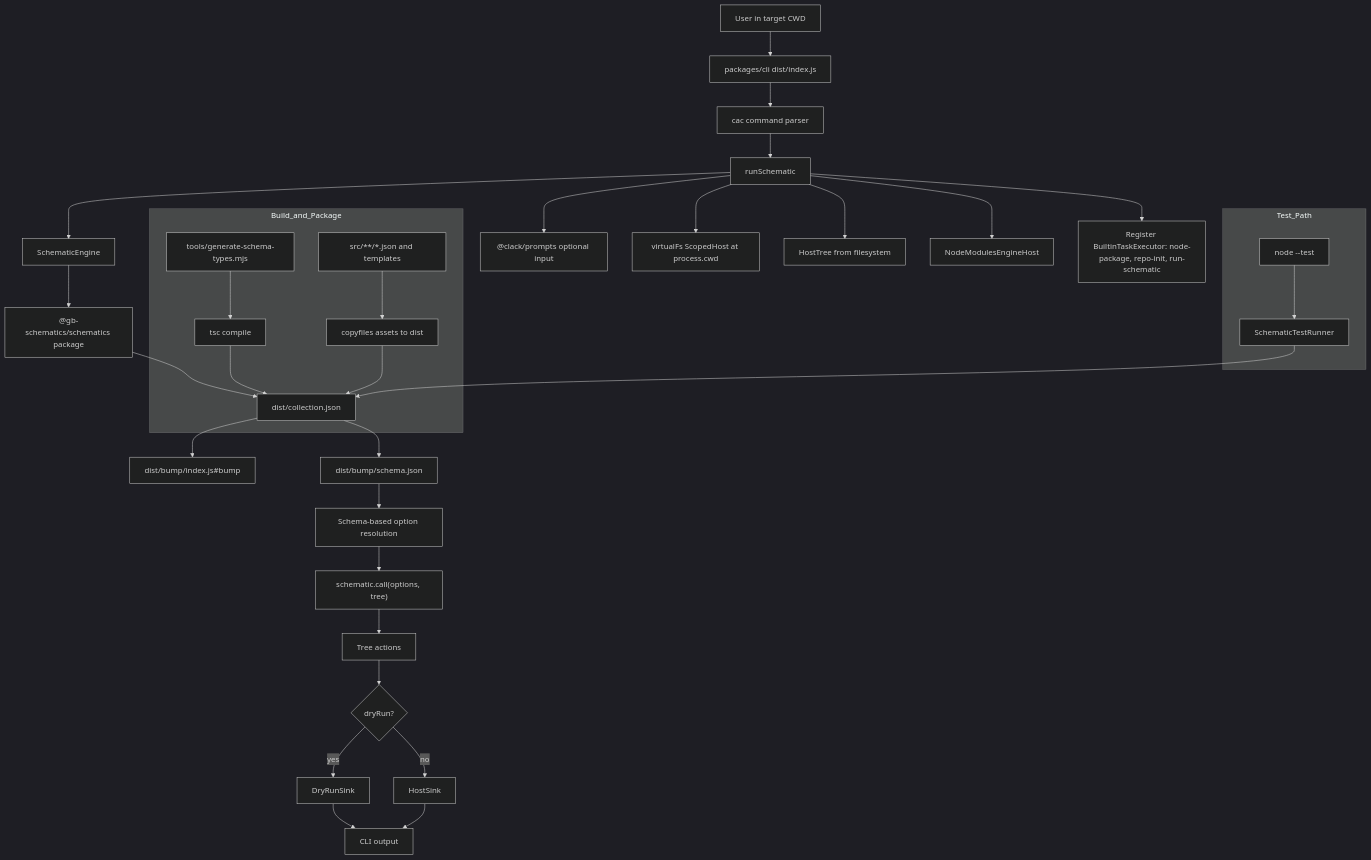
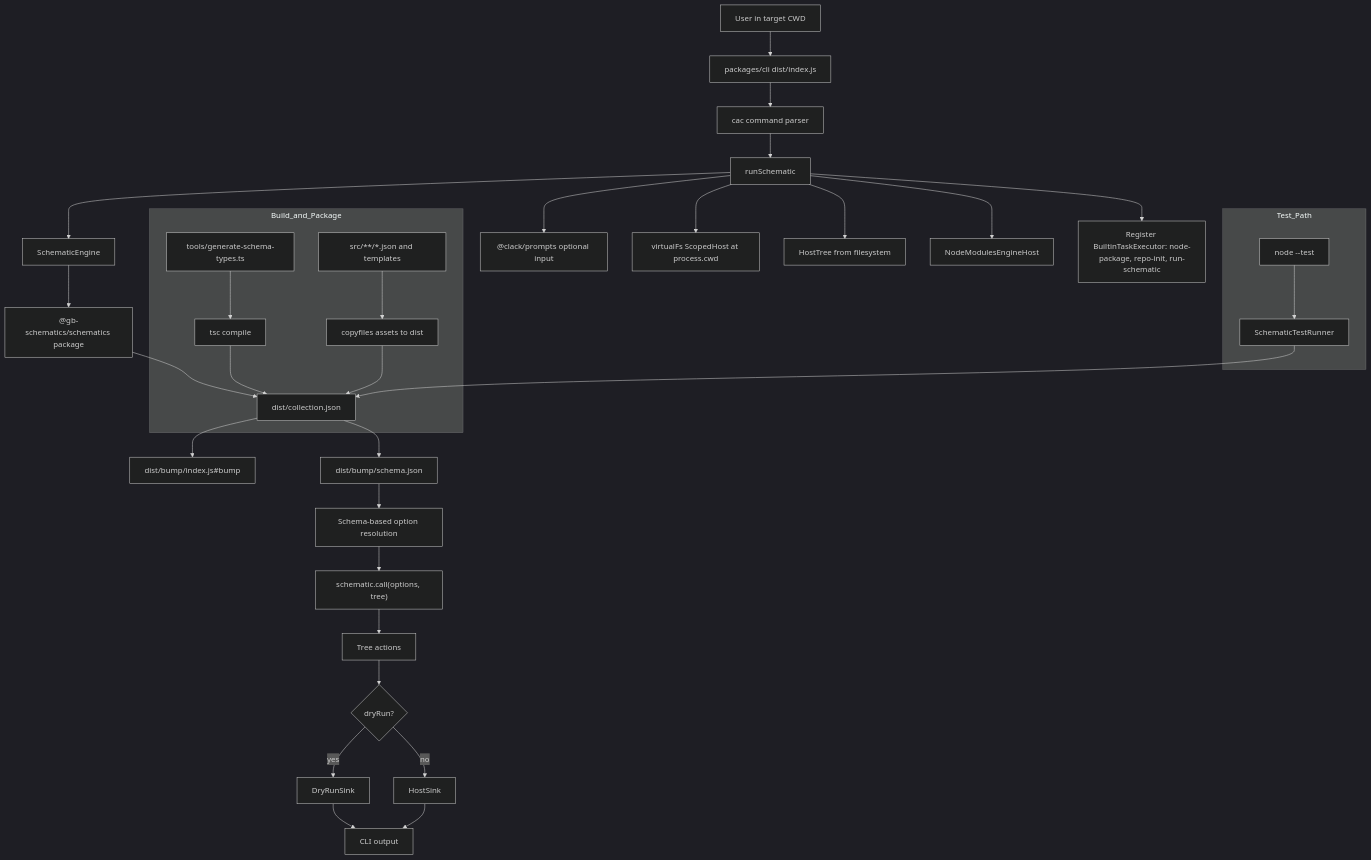
Before and after one commit to GaryB432/gb-schematics: the diagram in docs/devkit-runner-architecture.md, drawn with Mermaid (dark theme). The commit also changed 5 other files, not shown here.

Commit message:
chore: update schema generation scripts to use TypeScript and add tsconfig

````diff
--- a/docs/devkit-runner-architecture.md
+++ b/docs/devkit-runner-architecture.md
@@ -18,47 +18,47 @@
 ```mermaid
 flowchart TD
 	U["User in target CWD"] --> CLI["packages/cli dist/index.js"]
 	CLI --> CAC["cac command parser"]
 	CAC --> RUN["runSchematic"]
 
 	RUN --> CLACK["@clack/prompts optional input"]
 	RUN --> HOST["virtualFs ScopedHost at process.cwd"]
 	RUN --> TREE["HostTree from filesystem"]
 	RUN --> ENGHOST["NodeModulesEngineHost"]
 	RUN --> ENG["SchematicEngine"]
 	RUN --> TASKS["Register BuiltinTaskExecutor: node-package, repo-init, run-schematic"]
 
 	ENG --> COLL["@gb-schematics/schematics package"]
 	COLL --> DISTCOLL["dist/collection.json"]
 	DISTCOLL --> FACTORY["dist/bump/index.js#bump"]
 	DISTCOLL --> SCHEMA["dist/bump/schema.json"]
 
 	SCHEMA --> OPTS["Schema-based option resolution"]
 	OPTS --> CALL["schematic.call(options, tree)"]
 	CALL --> RESULT["Tree actions"]
 
 	RESULT --> SINK{"dryRun?"}
 	SINK -->|yes| DRY["DryRunSink"]
 	SINK -->|no| HOSTSINK["HostSink"]
 	DRY --> OUT["CLI output"]
 	HOSTSINK --> OUT
 
 	subgraph Build_and_Package
 		SRCJSON["src/**/*.json and templates"]
-		GENTS["tools/generate-schema-types.mjs"]
+		GENTS["tools/generate-schema-types.ts"]
 		TSC["tsc compile"]
 		COPY["copyfiles assets to dist"]
 
 		GENTS --> TSC
 		SRCJSON --> COPY
 		TSC --> DISTCOLL
 		COPY --> DISTCOLL
 	end
 
 	subgraph Test_Path
 		NODETEST["node --test"]
 		STRUN["SchematicTestRunner"]
 		NODETEST --> STRUN
 		STRUN --> DISTCOLL
 	end
 ```
````
